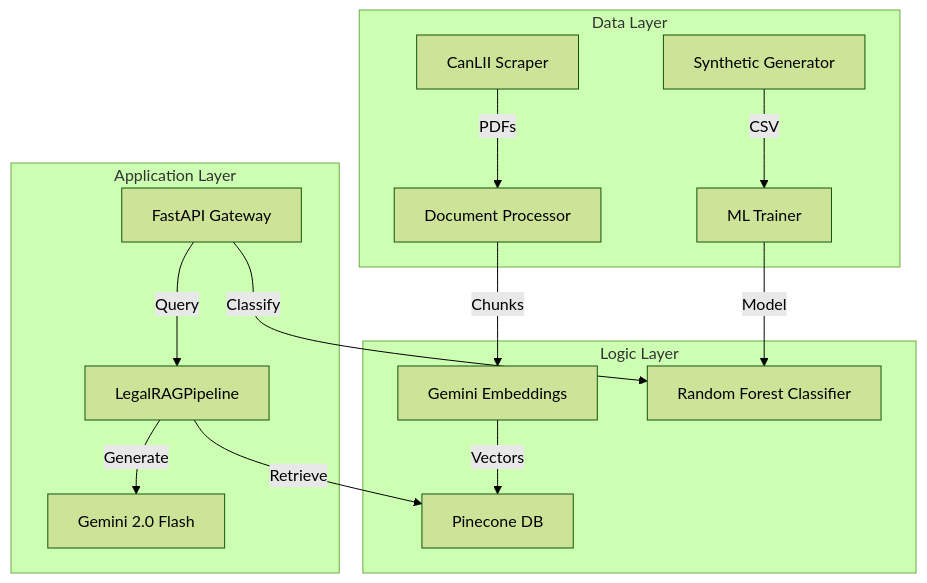
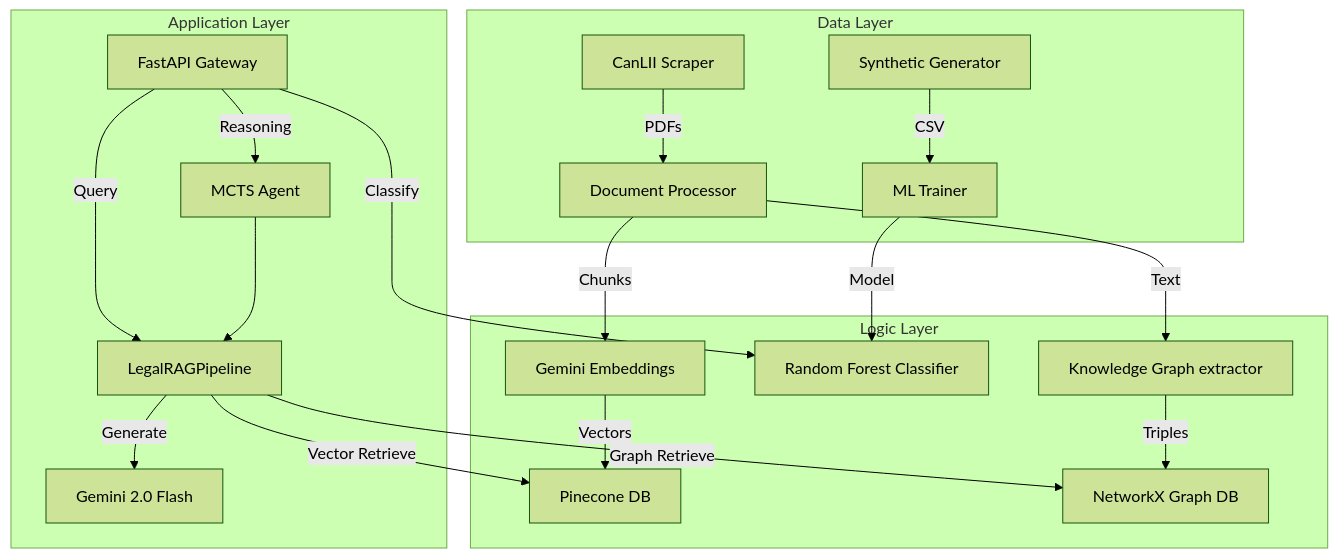
The first of 2 diagrams in README.md (johnnietse/deel-legal-ai), drawn with Mermaid (forest theme) before and after one commit. The commit also changed other lines of this file and 22 other files, not shown here.

````diff
--- a/README.md
+++ b/README.md
@@ -106,20 +68,25 @@
 ```mermaid
 graph TD
     subgraph Data Layer
         A[CanLII Scraper] -->|PDFs| B[Document Processor]
         C[Synthetic Generator] -->|CSV| D[ML Trainer]
     end
 
     subgraph Logic Layer
         B -->|Chunks| E[Gemini Embeddings]
         E -->|Vectors| F[Pinecone DB]
         D -->|Model| G[Random Forest Classifier]
+        K[Knowledge Graph extractor] -->|Triples| L[NetworkX Graph DB]
+        B -->|Text| K
     end
 
     subgraph Application Layer
         H[FastAPI Gateway] -->|Query| I[LegalRAGPipeline]
         H -->|Classify| G
-        I -->|Retrieve| F
+        I -->|Vector Retrieve| F
+        I -->|Graph Retrieve| L
         I -->|Generate| J[Gemini 2.0 Flash]
+        H -->|Reasoning| M[MCTS Agent]
+        M --> I
     end
 ```
````
